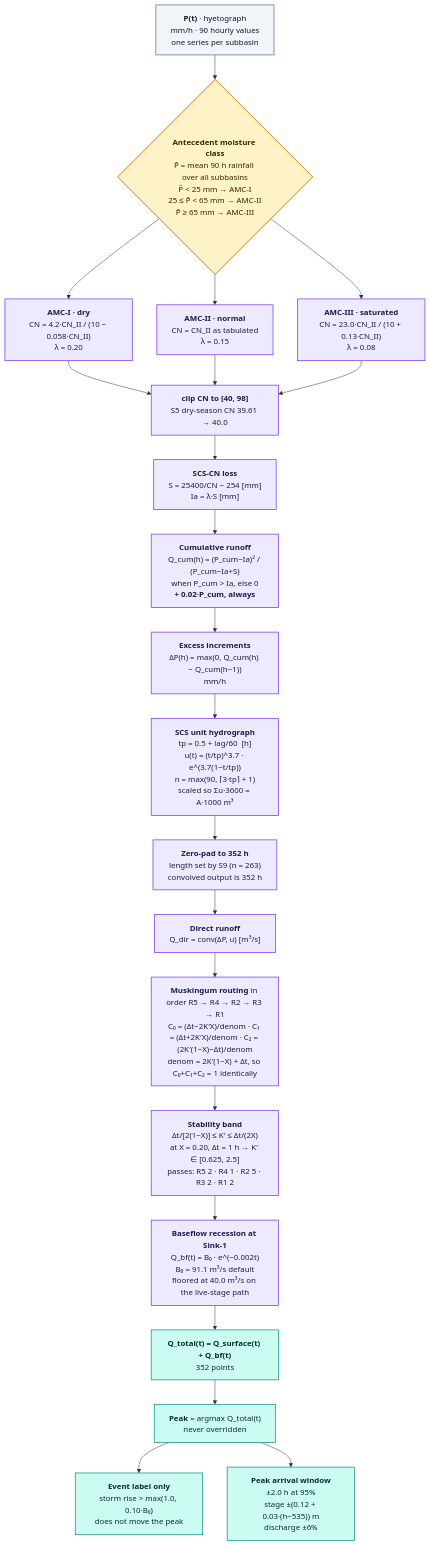
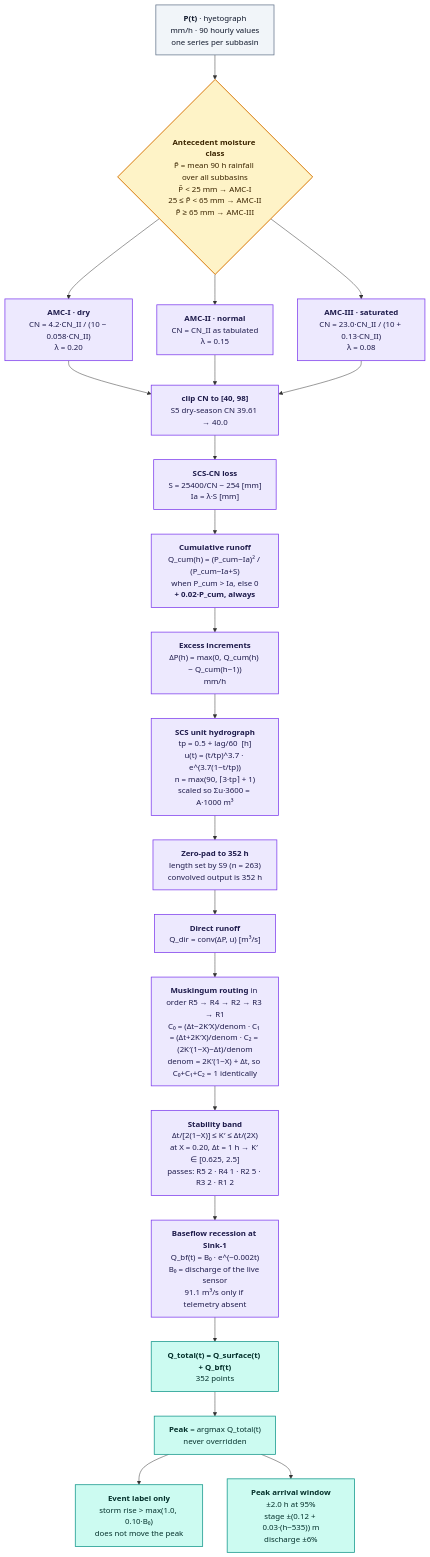
One commit to satwikcccss-crypto/CCCSS-SUK-Panchganga_Hydrocast changed the fourth of 8 diagrams in docs/architecture-atlas.md. Above: the diagram before and after it, drawn with Mermaid. The commit also changed other lines of this file and 230 other files, not shown here.

Commit message:
feat: Finalize low-flow stage bias fixes, implement Telegram RBAC, and update project metadata

````diff
--- a/docs/architecture-atlas.md
+++ b/docs/architecture-atlas.md
@@ -607,53 +609,53 @@
 ```mermaid
 flowchart TB
 
     P["<b>P(t)</b> · hyetograph<br/>mm/h · 90 hourly values<br/>one series per subbasin"]
 
     AMC{"<b>Antecedent moisture class</b><br/>P̄ = mean 90 h rainfall over all subbasins<br/>P̄ &lt; 25 mm → AMC-I<br/>25 ≤ P̄ &lt; 65 mm → AMC-II<br/>P̄ ≥ 65 mm → AMC-III"}
 
     CN1["<b>AMC-I · dry</b><br/>CN = 4.2·CN_II / (10 − 0.058·CN_II)<br/>λ = 0.20"]
     CN2["<b>AMC-II · normal</b><br/>CN = CN_II as tabulated<br/>λ = 0.15"]
     CN3["<b>AMC-III · saturated</b><br/>CN = 23.0·CN_II / (10 + 0.13·CN_II)<br/>λ = 0.08"]
 
     CLAMP["<b>clip CN to [40, 98]</b><br/>S5 dry-season CN 39.61 → 40.0"]
     LOSS["<b>SCS-CN loss</b><br/>S = 25400/CN − 254  [mm]<br/>Ia = λ·S  [mm]"]
     QCUM["<b>Cumulative runoff</b><br/>Q_cum(h) = (P_cum−Ia)² / (P_cum−Ia+S)<br/>when P_cum &gt; Ia, else 0<br/><b>+ 0.02·P_cum, always</b>"]
     EXC["<b>Excess increments</b><br/>ΔP(h) = max(0, Q_cum(h) − Q_cum(h−1))<br/>mm/h"]
 
     UH["<b>SCS unit hydrograph</b><br/>tp = 0.5 + lag/60  [h]<br/>u(t) = (t/tp)^3.7 · e^(3.7(1−t/tp))<br/>n = max(90, ⌈3·tp⌉ + 1)<br/>scaled so Σu·3600 = A·1000 m³"]
     PAD["<b>Zero-pad to 352 h</b><br/>length set by S9 (n = 263)<br/>convolved output is 352 h"]
     CONV["<b>Direct runoff</b><br/>Q_dir = conv(ΔP, u)  [m³/s]"]
 
     MUSK["<b>Muskingum routing</b> in order R5 → R4 → R2 → R3 → R1<br/>C₀ = (Δt−2K′X)/denom · C₁ = (Δt+2K′X)/denom · C₂ = (2K′(1−X)−Δt)/denom<br/>denom = 2K′(1−X) + Δt, so C₀+C₁+C₂ = 1 identically"]
     STAB["<b>Stability band</b><br/>Δt/[2(1−X)] ≤ K′ ≤ Δt/(2X)<br/>at X = 0.20, Δt = 1 h → K′ ∈ [0.625, 2.5]<br/>passes: R5 2 · R4 1 · R2 5 · R3 2 · R1 2"]
 
-    BF["<b>Baseflow recession at Sink-1</b><br/>Q_bf(t) = B₀ · e^(−0.002t)<br/>B₀ = 91.1 m³/s default<br/>floored at 40.0 m³/s on the live-stage path"]
+    BF["<b>Baseflow recession at Sink-1</b><br/>Q_bf(t) = B₀ · e^(−0.002t)<br/>B₀ = discharge of the live sensor<br/>91.1 m³/s only if telemetry absent"]
     QT["<b>Q_total(t) = Q_surface(t) + Q_bf(t)</b><br/>352 points"]
     PK["<b>Peak</b> = argmax Q_total(t)<br/>never overridden"]
     EV["<b>Event label only</b><br/>storm rise &gt; max(1.0, 0.10·B₀)<br/>does not move the peak"]
     CI["<b>Peak arrival window</b><br/>±2.0 h at 95%<br/>stage ±(0.12 + 0.03·(h−535)) m<br/>discharge ±6%"]
 
     P --> AMC
     AMC --> CN1
     AMC --> CN2
     AMC --> CN3
     CN1 --> CLAMP
     CN2 --> CLAMP
     CN3 --> CLAMP
     CLAMP --> LOSS --> QCUM --> EXC --> UH --> PAD --> CONV --> MUSK
     MUSK --> STAB
     STAB --> BF --> QT
     QT --> PK
     PK --> EV
     PK --> CI
 
     classDef force   fill:#f1f5f9,stroke:#64748b,stroke-width:1.5px,color:#0f172a
     classDef decide  fill:#fef3c7,stroke:#d97706,stroke-width:2px,color:#3b2500
     classDef compute fill:#ede9fe,stroke:#7c3aed,stroke-width:1.5px,color:#1e1b4b
     classDef out     fill:#ccfbf1,stroke:#0d9488,stroke-width:1.5px,color:#04302b
 
     class P force
     class AMC decide
     class CN1,CN2,CN3,CLAMP,LOSS,QCUM,EXC,UH,PAD,CONV,MUSK,STAB,BF compute
     class QT,PK,EV,CI out
 ```
````
